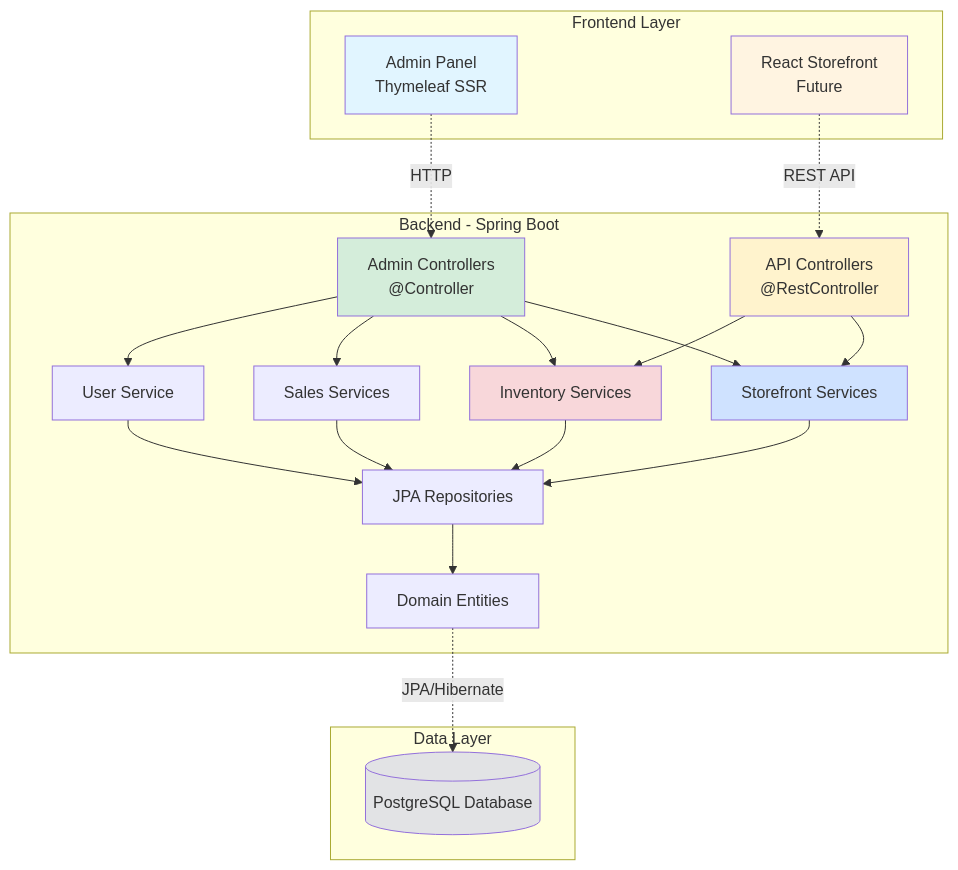
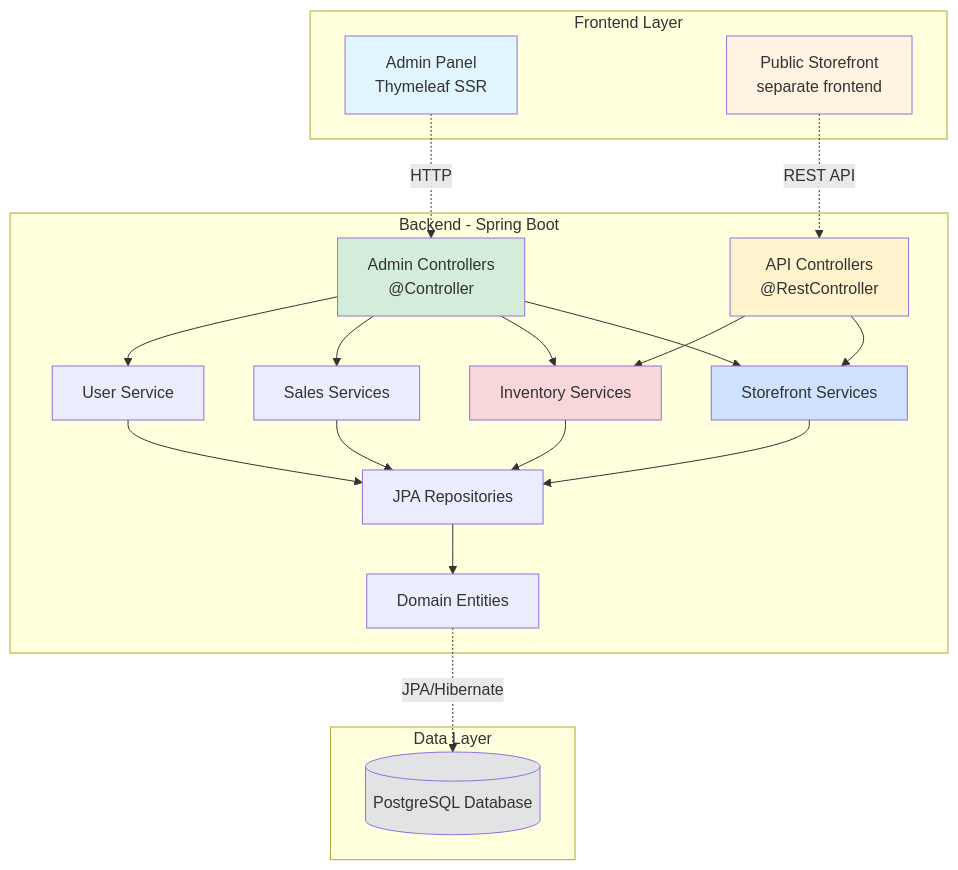
One commit to ErnestoCafre/pastry-back-java21 changed the first of 7 diagrams in backend/ARCHITECTURE.md. Above: the diagram before and after it, drawn with Mermaid. The commit also changed other lines of this file and 5 other files, not shown here.

````diff
--- a/backend/ARCHITECTURE.md
+++ b/backend/ARCHITECTURE.md
@@ -27,51 +33,51 @@
 ```mermaid
 graph TB
     subgraph "Frontend Layer"
         A1[Admin Panel<br/>Thymeleaf SSR]
-        A2[React Storefront<br/>Future]
+        A2[Public Storefront<br/>separate frontend]
     end
     
     subgraph "Backend - Spring Boot"
         B1[Admin Controllers<br/>@Controller]
         B2[API Controllers<br/>@RestController]
         
         C1[Storefront Services]
         C2[Inventory Services]
         C3[Sales Services]
         C4[User Service]
         
         D1[JPA Repositories]
         
         E1[Domain Entities]
     end
     
     subgraph "Data Layer"
         F1[(PostgreSQL Database)]
     end
     
     A1 -.HTTP.-> B1
     A2 -.REST API.-> B2
     
     B1 --> C1
     B1 --> C2
     B1 --> C3
     B1 --> C4
     B2 --> C1
     B2 --> C2
     
     C1 --> D1
     C2 --> D1
     C3 --> D1
     C4 --> D1
     
     D1 --> E1
     E1 -.JPA/Hibernate.-> F1
     
     style A1 fill:#e1f5ff
     style A2 fill:#fff4e1
     style B1 fill:#d4edda
     style B2 fill:#fff3cd
     style C1 fill:#cfe2ff
     style C2 fill:#f8d7da
     style F1 fill:#e2e3e5
 ```
````
